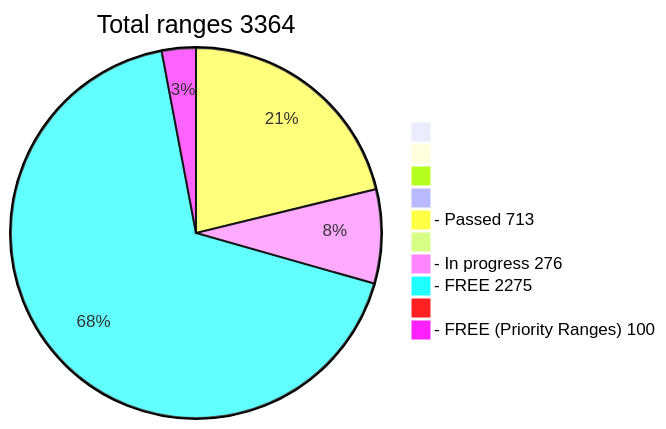
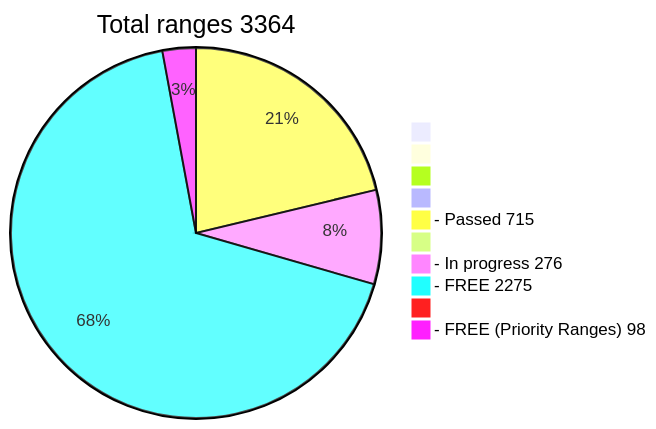
One commit to phrutis/wif500 changed the diagram in README.md. Above: the diagram before and after it, drawn with Mermaid.

````diff
--- a/README.md
+++ b/README.md
@@ -16,13 +16,13 @@
 ```mermaid
 pie title Total ranges 3364
              " " : 0
             "  " : 0
            "   " : 0
           "    " : 0
-  "- Passed 713" : 713
+  "- Passed 715" : 715
          "     " : 0
   "- In progress 276" : 276
    "- FREE 2275" : 2275
         "      " : 0
-  "- FREE (Priority Ranges) 100" : 100
+  "- FREE (Priority Ranges) 98" : 98
 ```
````
